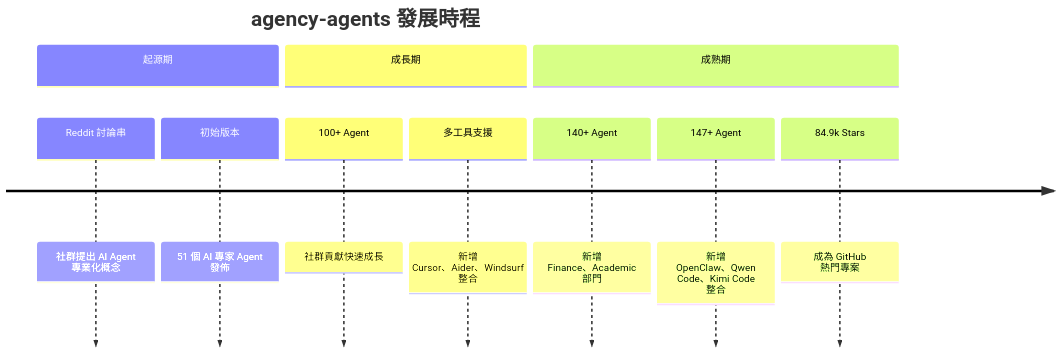
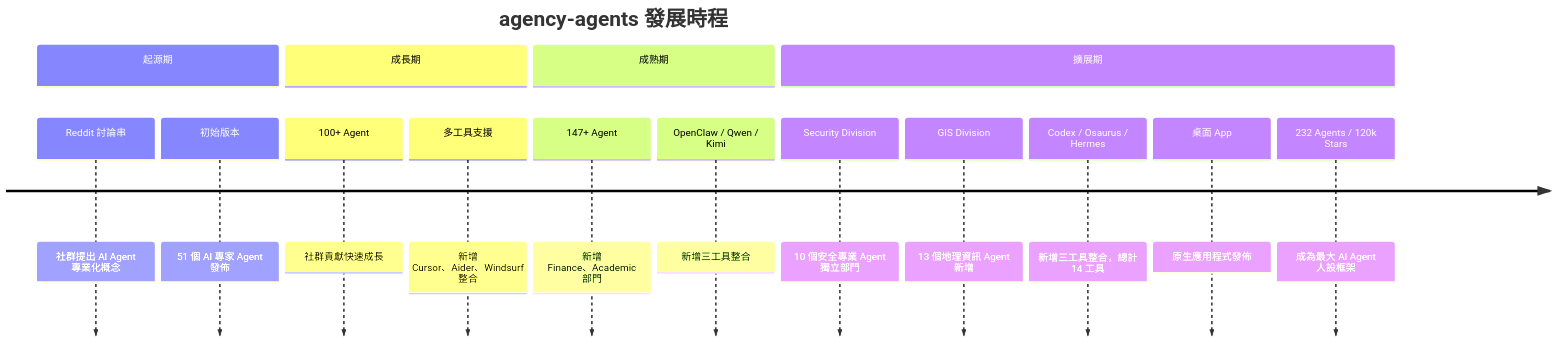
The first of 15 diagrams in content/posts/教學/AI開發/agency-agents教學手冊.md (chihhung/Blog), drawn with Mermaid before and after one commit. The commit also changed other lines of this file and 8 other files, not shown here.

````diff
--- a/content/posts/教學/AI開發/agency-agents教學手冊.md
+++ b/content/posts/教學/AI開發/agency-agents教學手冊.md
@@ -139,14 +146,19 @@
 ```mermaid
 timeline
     title agency-agents 發展時程
     section 起源期
         Reddit 討論串 : 社群提出 AI Agent 專業化概念
         初始版本 : 51 個 AI 專家 Agent 發佈
     section 成長期
         100+ Agent : 社群貢獻快速成長
         多工具支援 : 新增 Cursor、Aider、Windsurf 整合
     section 成熟期
-        140+ Agent : 新增 Finance、Academic 部門
-        147+ Agent : 新增 OpenClaw、Qwen Code、Kimi Code 整合
-        84.9k Stars : 成為 GitHub 熱門專案
+        147+ Agent : 新增 Finance、Academic 部門
+        OpenClaw / Qwen / Kimi : 新增三工具整合
+    section 擴展期
+        Security Division : 10 個安全專業 Agent 獨立部門
+        GIS Division : 13 個地理資訊 Agent 新增
+        Codex / Osaurus / Hermes : 新增三工具整合，總計 14 工具
+        桌面 App : 原生應用程式發佈
+        232 Agents / 120k Stars : 成為最大 AI Agent 人設框架
 ```
````
